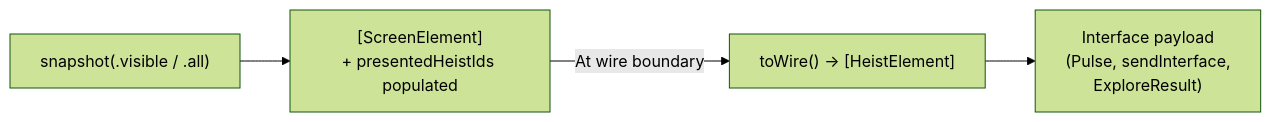
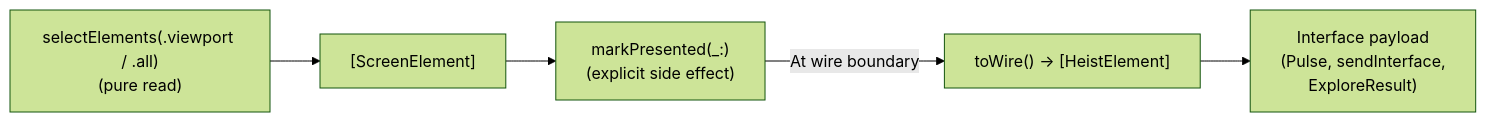
The fourth of 7 diagrams in docs/dossiers/13-THEBAGMAN.md (RoyalPineapple/TheButtonHeist), drawn with Mermaid (forest theme) before and after one commit. The commit also changed other lines of this file and 29 other files, not shown here.

````diff
--- a/docs/dossiers/13-THEBAGMAN.md
+++ b/docs/dossiers/13-THEBAGMAN.md
@@ -130,6 +135,7 @@
 ```mermaid
 flowchart LR
-    Snap["snapshot(.visible / .all)"] --> SE["[ScreenElement]<br/>+ presentedHeistIds populated"]
-    SE -->|"At wire boundary"| TW["toWire() → [HeistElement]"]
+    Sel["selectElements(.viewport / .all)<br/>(pure read)"] --> SE["[ScreenElement]"]
+    SE --> MP["markPresented(_:)<br/>(explicit side effect)"]
+    MP -->|"At wire boundary"| TW["toWire() → [HeistElement]"]
     TW --> Interface["Interface payload<br/>(Pulse, sendInterface,<br/>ExploreResult)"]
 ```
````
